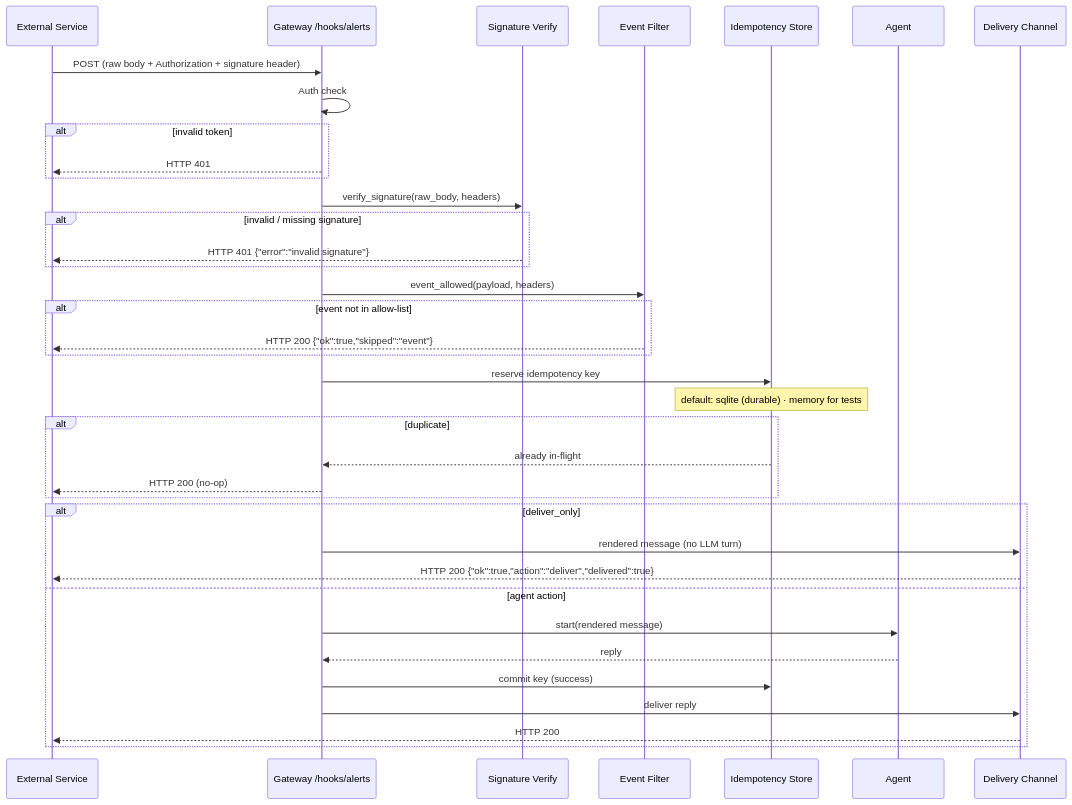
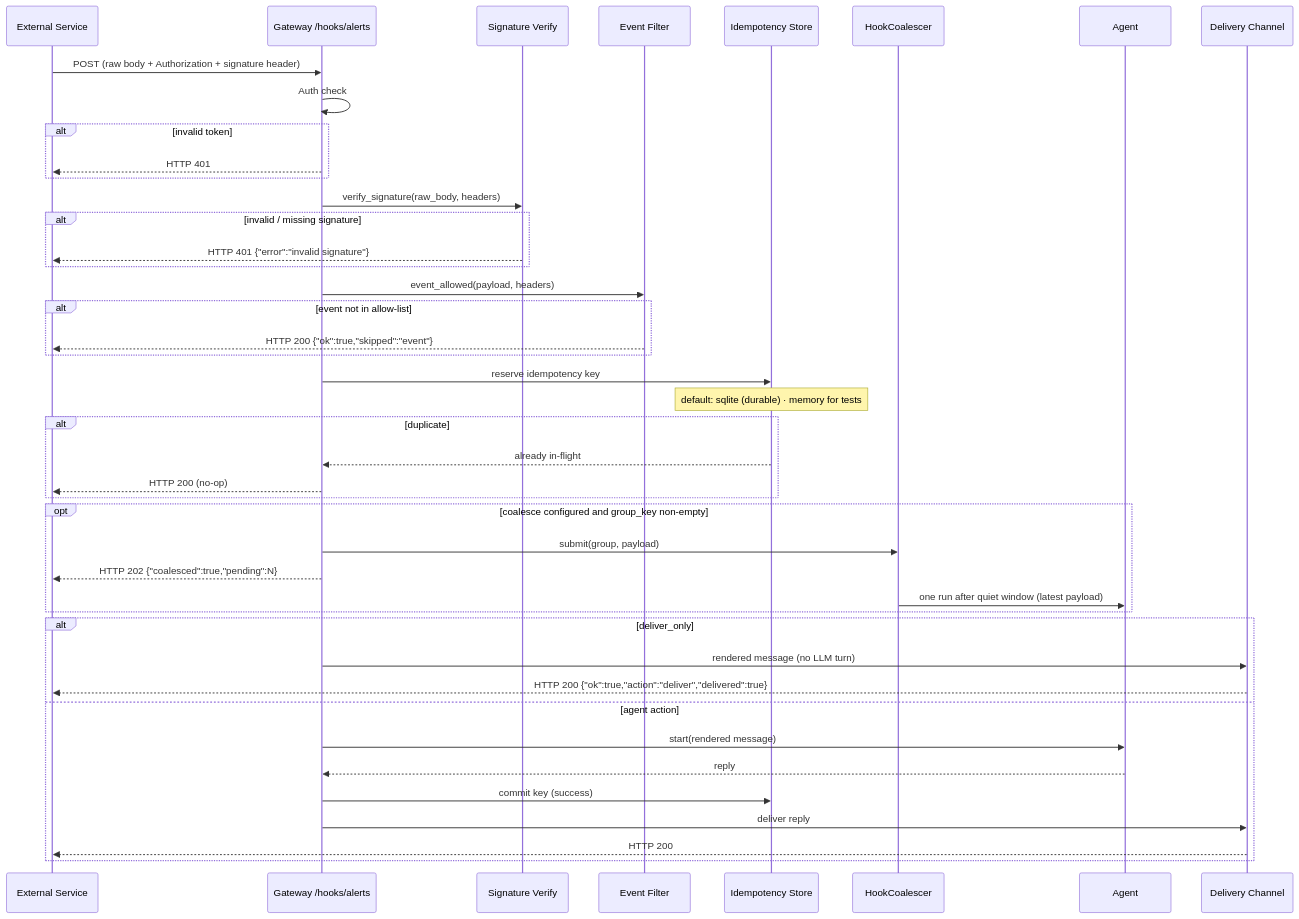
One commit to MervinPraison/PraisonAIDocs changed the second of 8 diagrams in docs/features/gateway-hooks.mdx. Above: the diagram before and after it, drawn with Mermaid. The commit also changed other lines of this file and 1 other file, not shown here.

Commit message:
docs: document gateway hook burst coalescing (fixes #4613)

````diff
--- a/docs/features/gateway-hooks.mdx
+++ b/docs/features/gateway-hooks.mdx
@@ -93,40 +93,46 @@
 ```mermaid
 sequenceDiagram
     participant Ext as External Service
     participant GW as Gateway /hooks/alerts
     participant Sig as Signature Verify
     participant Ev as Event Filter
     participant Dedup as Idempotency Store
+    participant Coalescer as HookCoalescer
     participant Agent
     participant Chan as Delivery Channel
 
     Ext->>GW: POST (raw body + Authorization + signature header)
     GW->>GW: Auth check
     alt invalid token
         GW-->>Ext: HTTP 401
     end
     GW->>Sig: verify_signature(raw_body, headers)
     alt invalid / missing signature
         Sig-->>Ext: HTTP 401 {"error":"invalid signature"}
     end
     GW->>Ev: event_allowed(payload, headers)
     alt event not in allow-list
         Ev-->>Ext: HTTP 200 {"ok":true,"skipped":"event"}
     end
     GW->>Dedup: reserve idempotency key
     Note over Dedup: default: sqlite (durable) · memory for tests
     alt duplicate
         Dedup-->>GW: already in-flight
         GW-->>Ext: HTTP 200 (no-op)
     end
+    opt coalesce configured and group_key non-empty
+        GW->>Coalescer: submit(group, payload)
+        GW-->>Ext: HTTP 202 {"coalesced":true,"pending":N}
+        Coalescer->>Agent: one run after quiet window (latest payload)
+    end
     alt deliver_only
         GW->>Chan: rendered message (no LLM turn)
         Chan-->>Ext: HTTP 200 {"ok":true,"action":"deliver","delivered":true}
     else agent action
         GW->>Agent: start(rendered message)
         Agent-->>GW: reply
         GW->>Dedup: commit key (success)
         GW->>Chan: deliver reply
         Chan-->>Ext: HTTP 200
     end
 ```
````
